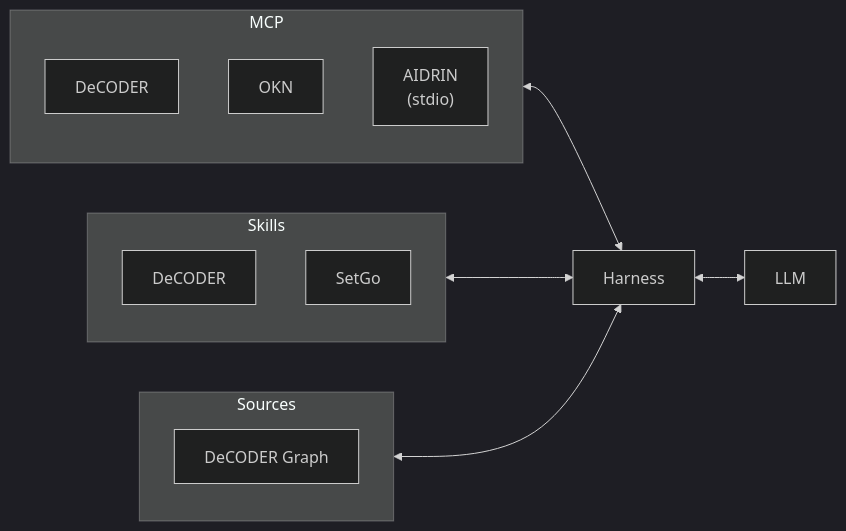
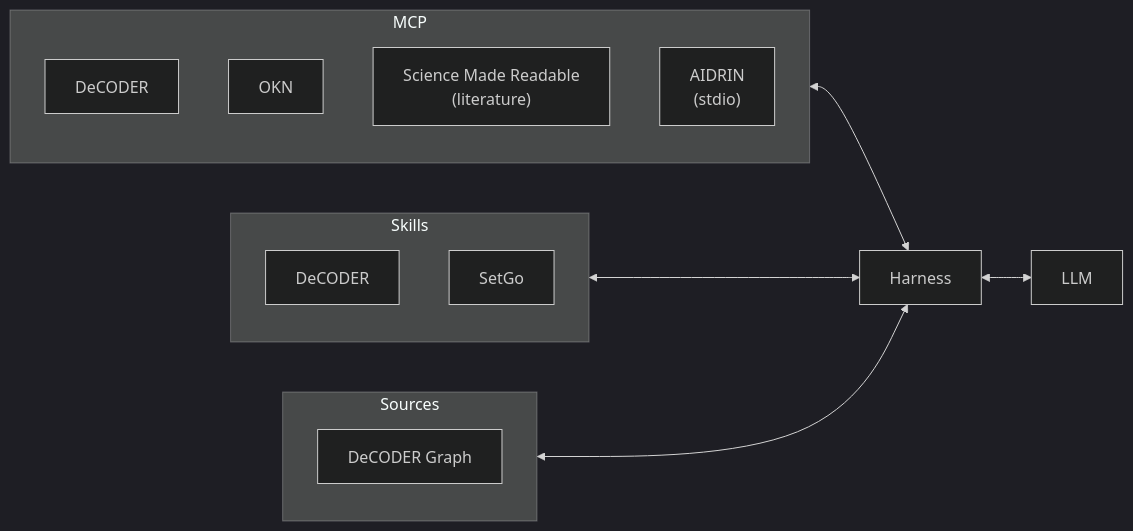
One commit to earthcube/decoder-pi changed the diagram in README.md. Above: the diagram before and after it, drawn with Mermaid (dark theme). The commit also changed other lines of this file and 2 other files, not shown here.

First line of the commit message:
Add the Science Made Readable literature-search MCP server.

````diff
--- a/README.md
+++ b/README.md
@@ -12,30 +13,31 @@
 ```mermaid
 
 flowchart LR
     subgraph Sources
         direction TB
         DG["DeCODER Graph"]
     end
 
     subgraph MCP
         direction TB
         DeCODER
         OKN
+        SMR["Science Made Readable\n(literature)"]
         AIDRIN["AIDRIN\n(stdio)"]
     end
 
     subgraph Skills
         direction TB
         decoder["DeCODER"]
         SetGo
     end
 
     LLM[LLM]
     Harness[Harness]
 
     MCP <--> Harness
     Skills <--> Harness
     Sources <--> Harness
     Harness <--> LLM
 
 ```
````
